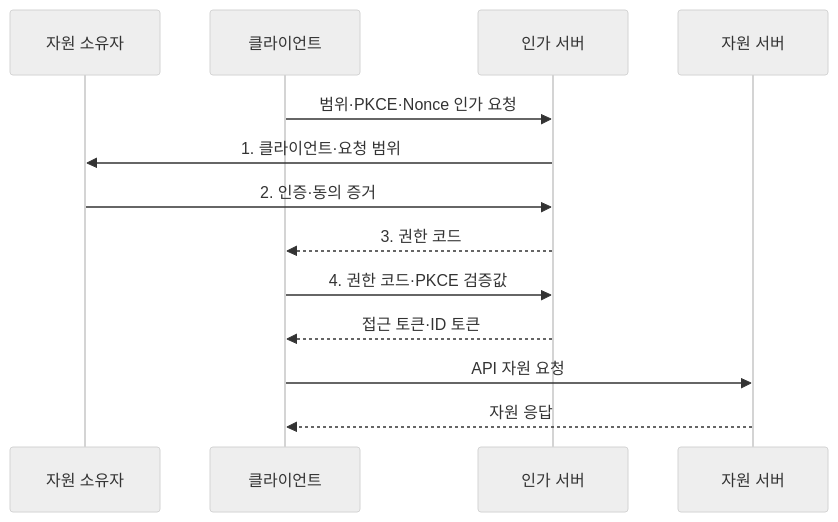
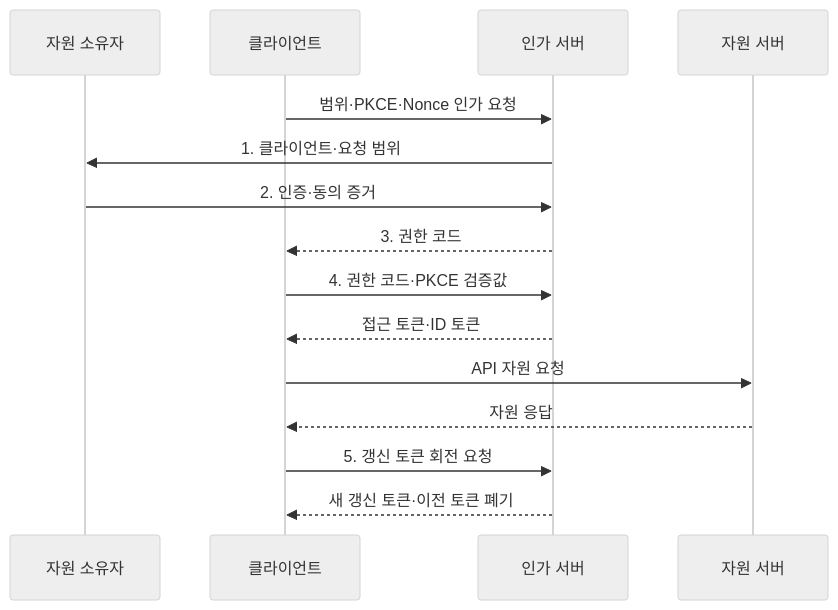
One commit to agnusdei1207/knowledge-base changed the second of 2 diagrams in src/content/docs/notes/05-security/057_oauth_oidc.md. Above: the diagram before and after it, drawn with Mermaid (neutral theme). The commit also changed other lines of this file and 3 other files, not shown here.

````diff
--- a/src/content/docs/notes/05-security/057_oauth_oidc.md
+++ b/src/content/docs/notes/05-security/057_oauth_oidc.md
@@ -99,15 +100,17 @@
 ```mermaid
 sequenceDiagram
     participant U as 자원 소유자
     participant C as 클라이언트
     participant A as 인가 서버
     participant R as 자원 서버
     C->>A: 범위·PKCE·Nonce 인가 요청
     A->>U: 1. 클라이언트·요청 범위
     U->>A: 2. 인증·동의 증거
     A-->>C: 3. 권한 코드
     C->>A: 4. 권한 코드·PKCE 검증값
     A-->>C: 접근 토큰·ID 토큰
     C->>R: API 자원 요청
     R-->>C: 자원 응답
+    C->>A: 5. 갱신 토큰 회전 요청
+    A-->>C: 새 갱신 토큰·이전 토큰 폐기
 ```
````
